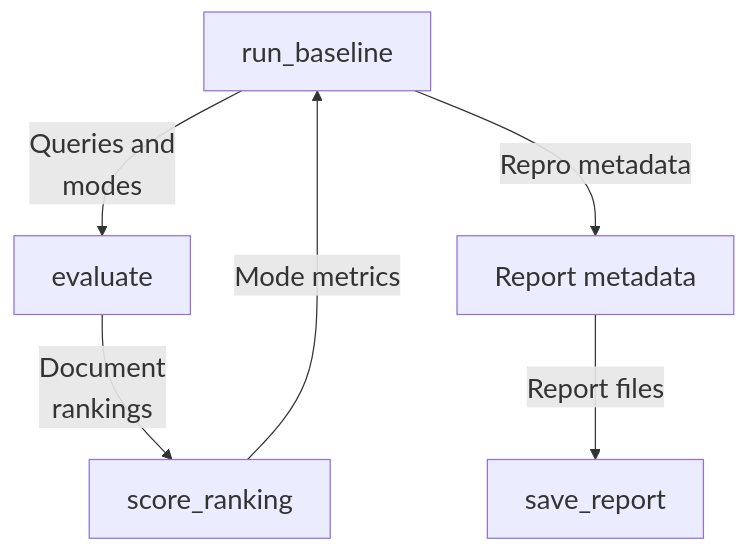
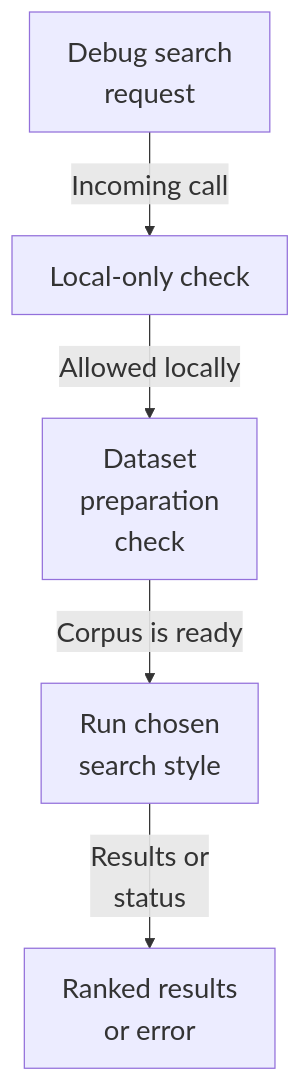
Before and after one commit to Justin-Mendoza/Afterclass: the second of 3 diagrams in maps/evaluation/README.md, drawn with Mermaid. The commit also changed other lines of this file and 91 other files, not shown here.

````diff
--- a/maps/evaluation/README.md
+++ b/maps/evaluation/README.md
@@ -126,14 +75,13 @@
 ```mermaid
 %%{init: {"themeVariables": {"fontSize": "22px"}}}%%
 flowchart TD
-  n0["run_baseline"]
-  n1["evaluate"]
-  n2["score_ranking"]
-  n3["Report metadata"]
-  n4["save_report"]
-  n0 -->|"Queries and<br/>modes"| n1
-  n1 -->|"Document<br/>rankings"| n2
-  n2 -->|"Mode metrics"| n0
-  n0 -->|"Repro metadata"| n3
-  n3 -->|"Report files"| n4
+  n0["Debug search<br/>request"]
+  n1["Local-only check"]
+  n2["Dataset<br/>preparation<br/>check"]
+  n3["Run chosen<br/>search style"]
+  n4["Ranked results<br/>or error"]
+  n0 -->|"Incoming call"| n1
+  n1 -->|"Allowed locally"| n2
+  n2 -->|"Corpus is ready"| n3
+  n3 -->|"Results or<br/>status"| n4
 ```
````
